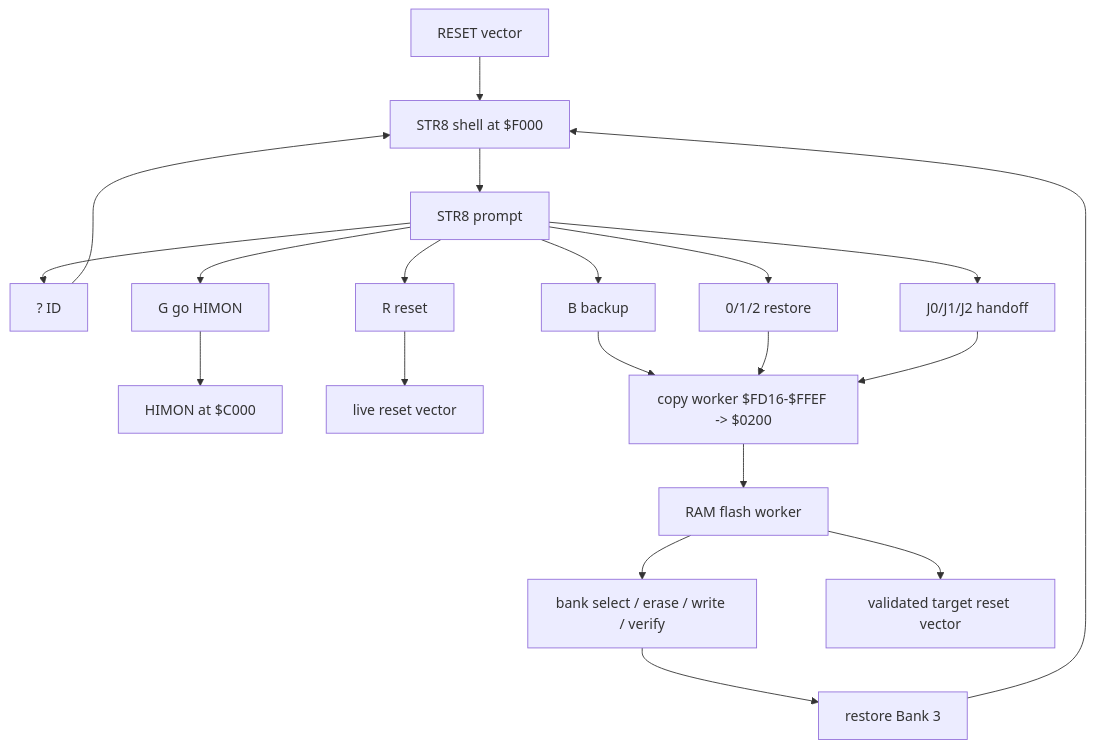
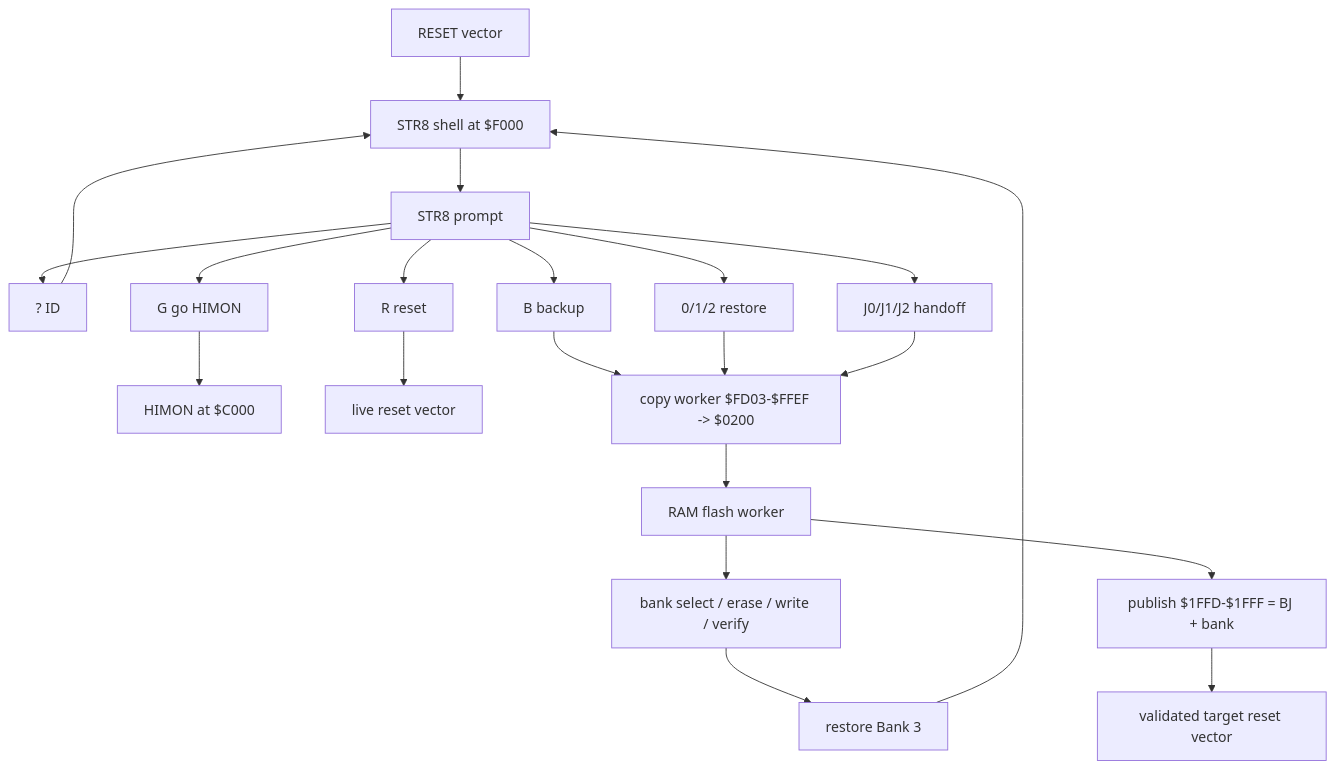
One commit to 95westus/R-YORS changed the fourth of 5 diagrams in DOC/GUIDES/STR8/STR8.md. Above: the diagram before and after it, drawn with Mermaid. The commit also changed other lines of this file and 42 other files, not shown here.

First line of the commit message:
STR8: publish validated bank jump record

````diff
--- a/DOC/GUIDES/STR8/STR8.md
+++ b/DOC/GUIDES/STR8/STR8.md
@@ -642,26 +650,27 @@
 ```mermaid
 flowchart TD
     RESET[RESET vector] --> STR8[STR8 shell at $F000]
     STR8 --> PROMPT[STR8 prompt]
 
     PROMPT --> Q[? ID]
     PROMPT --> B[B backup]
     PROMPT --> RST[0/1/2 restore]
     PROMPT --> J[J0/J1/J2 handoff]
     PROMPT --> G[G go HIMON]
     PROMPT --> R[R reset]
 
     G --> HIMON[HIMON at $C000]
     R --> RESETV[live reset vector]
 
-    B --> COPY[copy worker $FD16-$FFEF -> $0200]
+    B --> COPY[copy worker $FD03-$FFEF -> $0200]
     RST --> COPY
     J --> COPY
     COPY --> WORKER[RAM flash worker]
     WORKER --> FLASH[bank select / erase / write / verify]
     FLASH --> BANK3[restore Bank 3]
     BANK3 --> STR8
-    WORKER --> GUEST[validated target reset vector]
+    WORKER --> BJR[publish $1FFD-$1FFF = BJ + bank]
+    BJR --> GUEST[validated target reset vector]
 
     Q --> STR8
 ```
````
